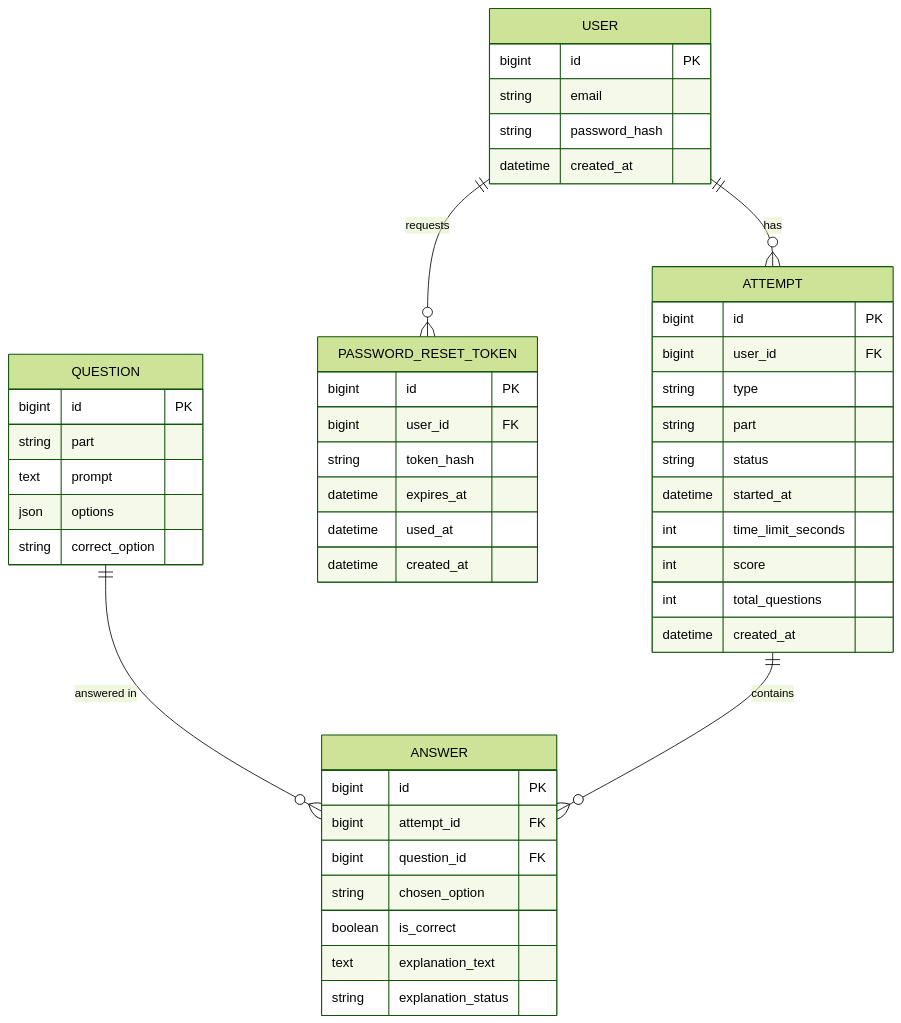
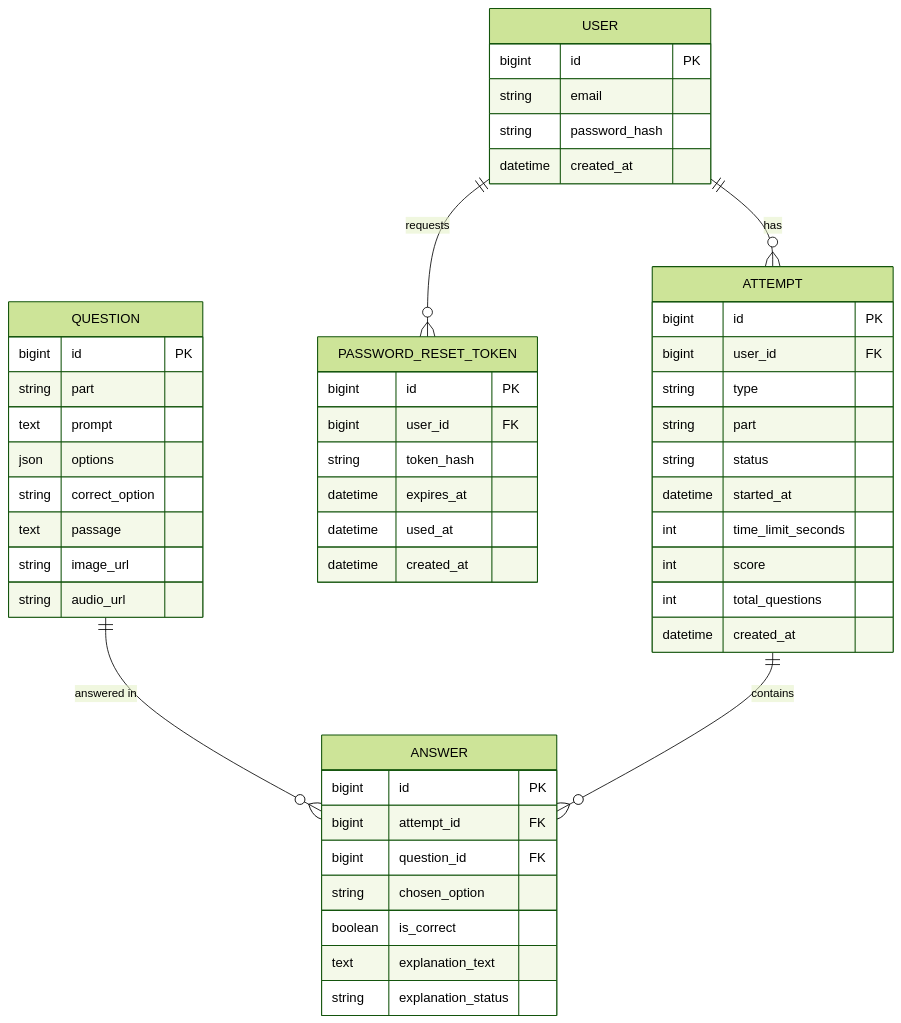
The diagram in chapter-05-ai-for-software-design-architecture/design/data-model.mmd (Thuyan7/EngCoach.), drawn with Mermaid (forest theme) before and after one commit.

Commit message:
docs(database): add question passage and media fields to ERD

```diff
--- a/chapter-05-ai-for-software-design-architecture/design/data-model.mmd
+++ b/chapter-05-ai-for-software-design-architecture/design/data-model.mmd
@@ -1,48 +1,51 @@
 erDiagram
     USER ||--o{ ATTEMPT : has
     USER ||--o{ PASSWORD_RESET_TOKEN : requests
     QUESTION ||--o{ ANSWER : "answered in"
     ATTEMPT ||--o{ ANSWER : contains
 
     USER {
         bigint id PK
         string email
         string password_hash
         datetime created_at
     }
     PASSWORD_RESET_TOKEN {
         bigint id PK
         bigint user_id FK
         string token_hash
         datetime expires_at
         datetime used_at
         datetime created_at
     }
     QUESTION {
         bigint id PK
         string part
         text prompt
         json options
         string correct_option
+        text passage
+        string image_url
+        string audio_url
     }
     ATTEMPT {
         bigint id PK
         bigint user_id FK
         string type
         string part
         string status
         datetime started_at
         int time_limit_seconds
         int score
         int total_questions
         datetime created_at
     }
     ANSWER {
         bigint id PK
         bigint attempt_id FK
         bigint question_id FK
         string chosen_option
         boolean is_correct
         text explanation_text
         string explanation_status
     }
```
